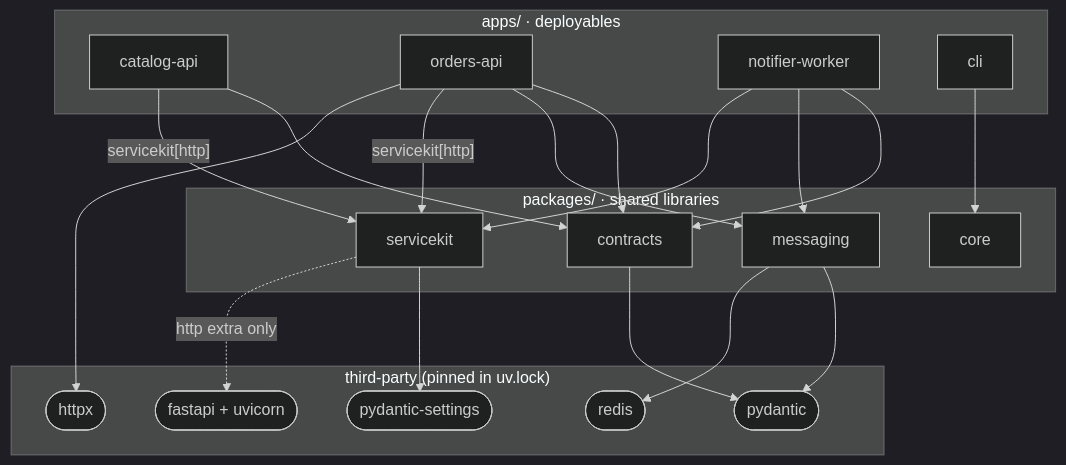
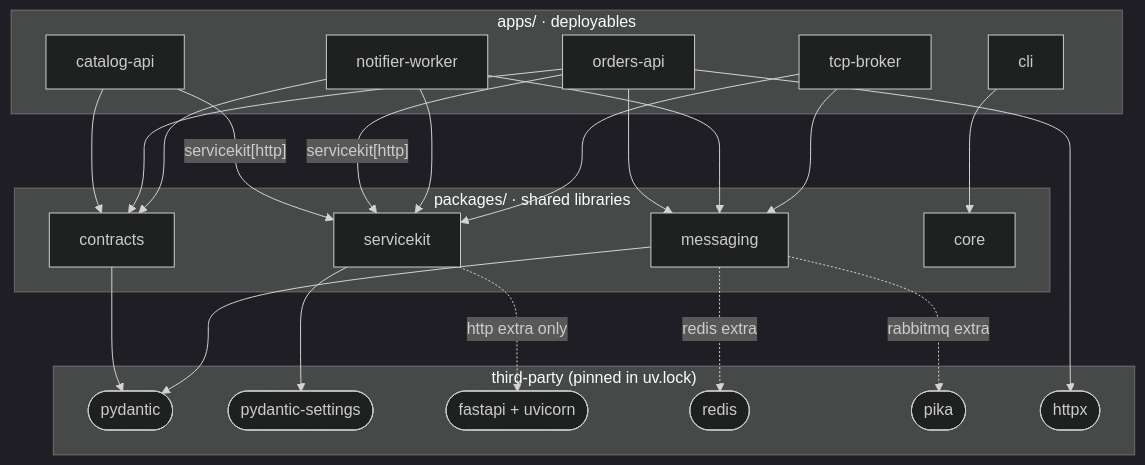
The second of 10 diagrams in ARCHITECTURE.md (sovikroy/python-monorepo), drawn with Mermaid (dark theme) before and after one commit. The commit also changed other lines of this file and 40 other files, not shown here.

First line of the commit message:
Make the messaging transport pluggable (Redis, RabbitMQ, TCP, in-memory)

````diff
--- a/ARCHITECTURE.md
+++ b/ARCHITECTURE.md
@@ -63,41 +69,46 @@
 ```mermaid
 flowchart TB
     subgraph apps["apps/ · deployables"]
         catalog["catalog-api"]
         orders["orders-api"]
         notifier["notifier-worker"]
+        tcpb["tcp-broker"]
         cli["cli"]
     end
 
     subgraph packages["packages/ · shared libraries"]
         contracts["contracts"]
         messaging["messaging"]
         servicekit["servicekit"]
         core["core"]
     end
 
     subgraph thirdparty["third-party (pinned in uv.lock)"]
         pydantic(["pydantic"])
         settings(["pydantic-settings"])
         fastapi(["fastapi + uvicorn"])
         redis(["redis"])
+        pika(["pika"])
         httpx(["httpx"])
     end
 
     catalog --> contracts
     catalog -- "servicekit[http]" --> servicekit
     orders --> contracts
     orders --> messaging
     orders -- "servicekit[http]" --> servicekit
     orders --> httpx
     notifier --> contracts
     notifier --> messaging
     notifier --> servicekit
+    tcpb --> messaging
+    tcpb --> servicekit
     cli --> core
 
     contracts --> pydantic
     messaging --> pydantic
-    messaging --> redis
+    messaging -. "redis extra" .-> redis
+    messaging -. "rabbitmq extra" .-> pika
     servicekit --> settings
     servicekit -. "http extra only" .-> fastapi
 ```
````
